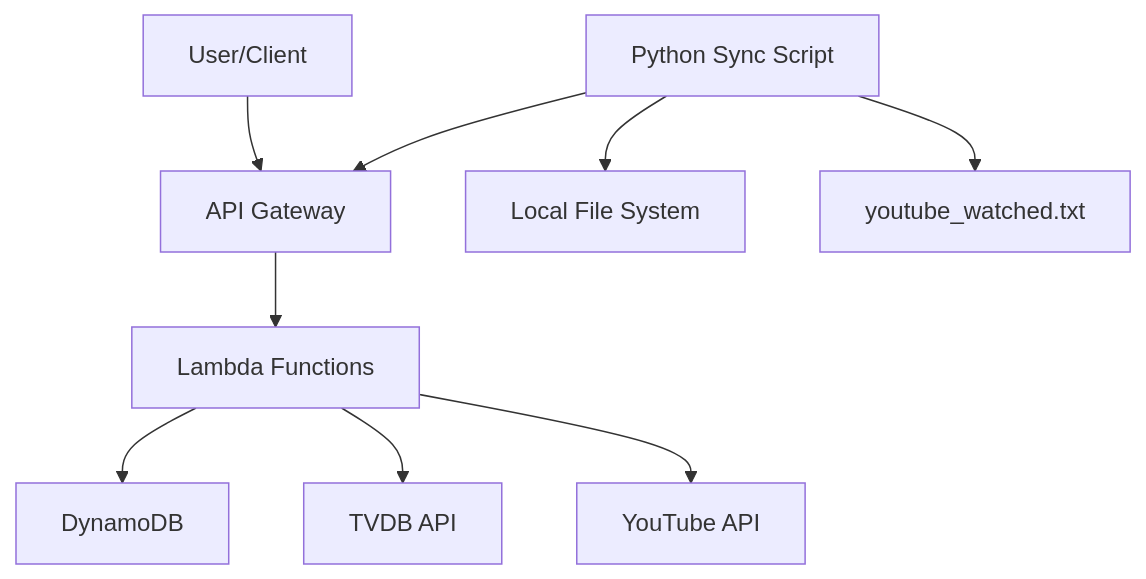
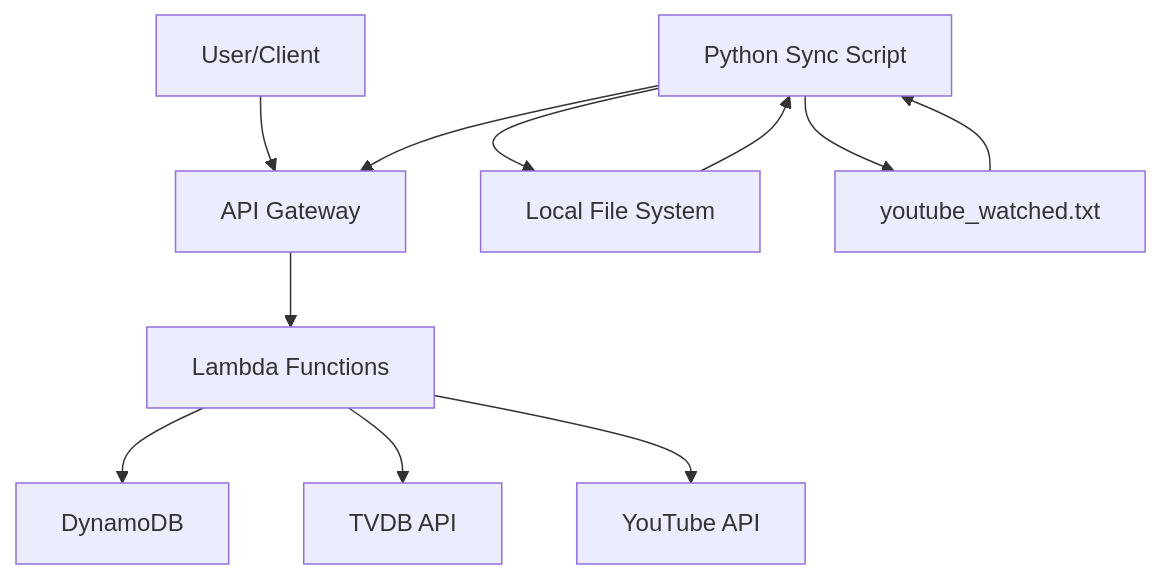
Before and after one commit to jordansimsmith/jordansimsmith-com: the diagram in immersion_tracker_api/README.md, drawn with Mermaid. The commit also changed other lines of this file and 11 other files, not shown here.

````diff
--- a/immersion_tracker_api/README.md
+++ b/immersion_tracker_api/README.md
@@ -7,11 +7,13 @@
 ```mermaid
 graph TD
   A[User/Client] --> B[API Gateway]
   B --> C[Lambda Functions]
   C --> D[DynamoDB]
   C --> E[TVDB API]
   C --> H[YouTube API]
-  F[Python Sync Script] --> G[Local File System]
+  F[Python Sync Script] --> B
+  F --> G[Local File System]
   F --> I[youtube_watched.txt]
-  F --> B
+  G --> F
+  I --> F
 ```
````
